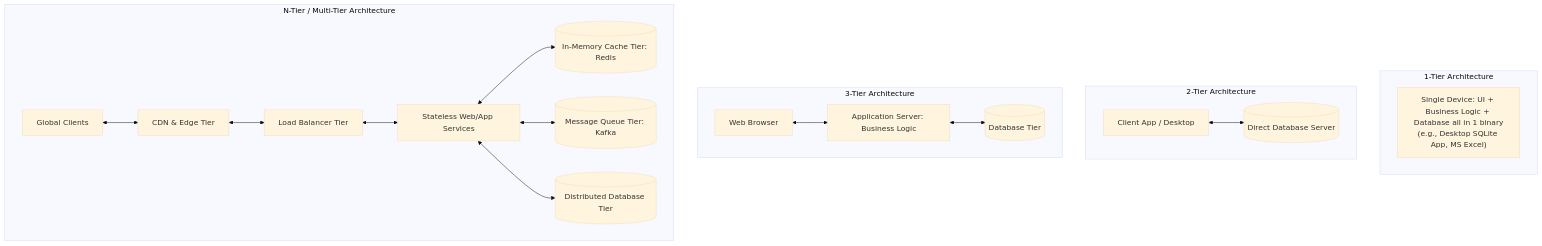
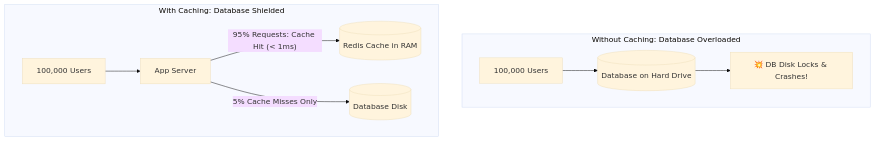
Diagram 12 of 22 in README.md (Sujalkathait/high-level-design), drawn with Mermaid (base theme) before and after one commit. The commit also changed other lines of this file, not shown here.

Commit message:
docs: implement strict 22-section architectural framework across core HLD topics in simple English

````diff
--- a/README.md
+++ b/README.md
@@ -510,24 +528,13 @@
 ```mermaid
 graph TD
-    subgraph T1 [1-Tier Architecture]
-        OneBox["Single Device: UI + Business Logic + Database all in 1 binary\n(e.g., Desktop SQLite App, MS Excel)"]
+    subgraph WithoutCache [Without Caching: Database Overloaded]
+        U1[100,000 Users] --> DB1[(Database on Hard Drive)]
+        DB1 --> Crash[💥 DB Disk Locks & Crashes!]
     end
 
-    subgraph T2 [2-Tier Architecture]
-        Client2[Client App / Desktop] <--> DB2[(Direct Database Server)]
-    end
-
-    subgraph T3 [3-Tier Architecture]
-        Client3[Web Browser] <--> AppServer[Application Server: Business Logic]
-        AppServer <--> DB3[(Database Tier)]
-    end
-
-    subgraph TN [N-Tier / Multi-Tier Architecture]
-        ClientN[Global Clients] <--> CDN_Tier[CDN & Edge Tier]
-        CDN_Tier <--> LB_Tier[Load Balancer Tier]
-        LB_Tier <--> App_Tier[Stateless Web/App Services]
-        App_Tier <--> Cache_Tier[(In-Memory Cache Tier: Redis)]
-        App_Tier <--> Queue_Tier[(Message Queue Tier: Kafka)]
-        App_Tier <--> DB_Tier[(Distributed Database Tier)]
+    subgraph WithCache [With Caching: Database Shielded]
+        U2[100,000 Users] --> App[App Server]
+        App -- 95% Requests: Cache Hit (< 1ms) --> Cache[(Redis Cache in RAM)]
+        App -- 5% Cache Misses Only --> DB2[(Database Disk)]
     end
 ```
````
